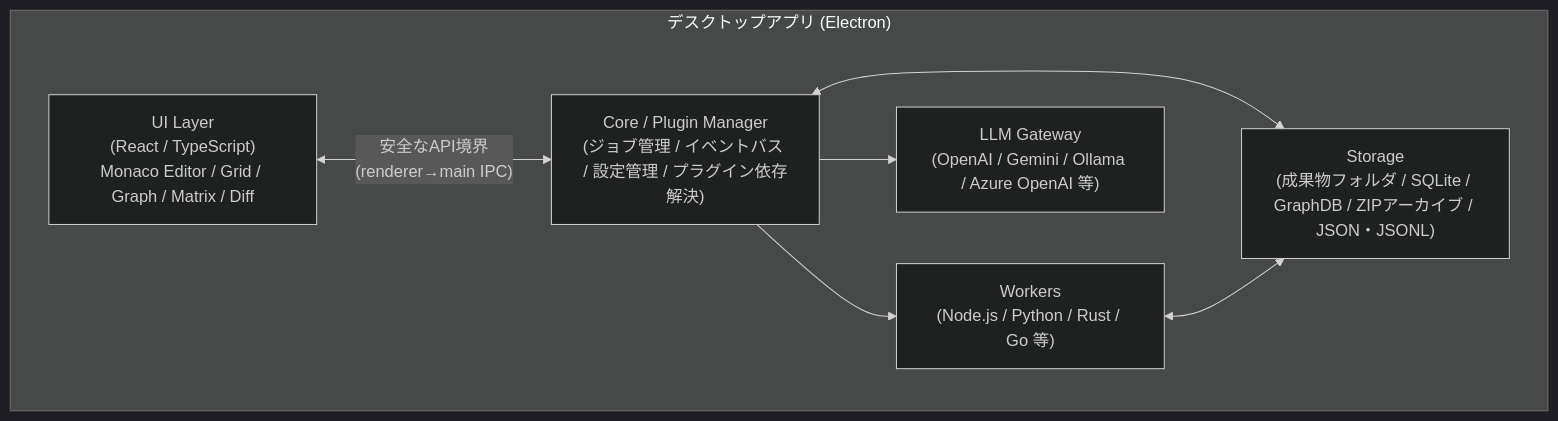
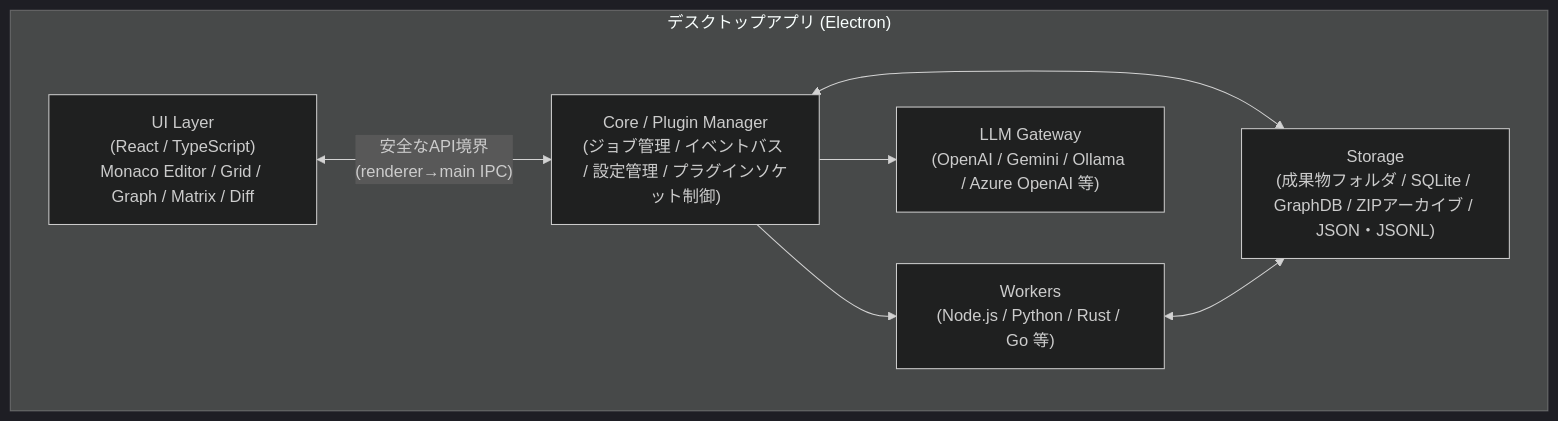
One commit to kfuruichi0920/d2d changed the second of 2 diagrams in docs/srs_main.md. Above: the diagram before and after it, drawn with Mermaid (dark theme). The commit also changed other lines of this file and 9 other files, not shown here.

````diff
--- a/docs/srs_main.md
+++ b/docs/srs_main.md
@@ -155,16 +158,16 @@
 ```mermaid
 graph TD
     subgraph App["デスクトップアプリ (Electron)"]
         UI["UI Layer\n(React / TypeScript)\nMonaco Editor / Grid / Graph / Matrix / Diff"]
-        CORE["Core / Plugin Manager\n(ジョブ管理 / イベントバス / 設定管理 / プラグイン依存解決)"]
+        CORE["Core / Plugin Manager\n(ジョブ管理 / イベントバス / 設定管理 / プラグインソケット制御)"]
         WORKER["Workers\n(Node.js / Python / Rust / Go 等)"]
         STORE["Storage\n(成果物フォルダ / SQLite / GraphDB / ZIPアーカイブ / JSON・JSONL)"]
         GW["LLM Gateway\n(OpenAI / Gemini / Ollama / Azure OpenAI 等)"]
     end
 
     UI <-->|"安全なAPI境界\n(renderer→main IPC)"| CORE
     CORE --> WORKER
     CORE <--> STORE
     CORE --> GW
     WORKER <--> STORE
 ```
````
